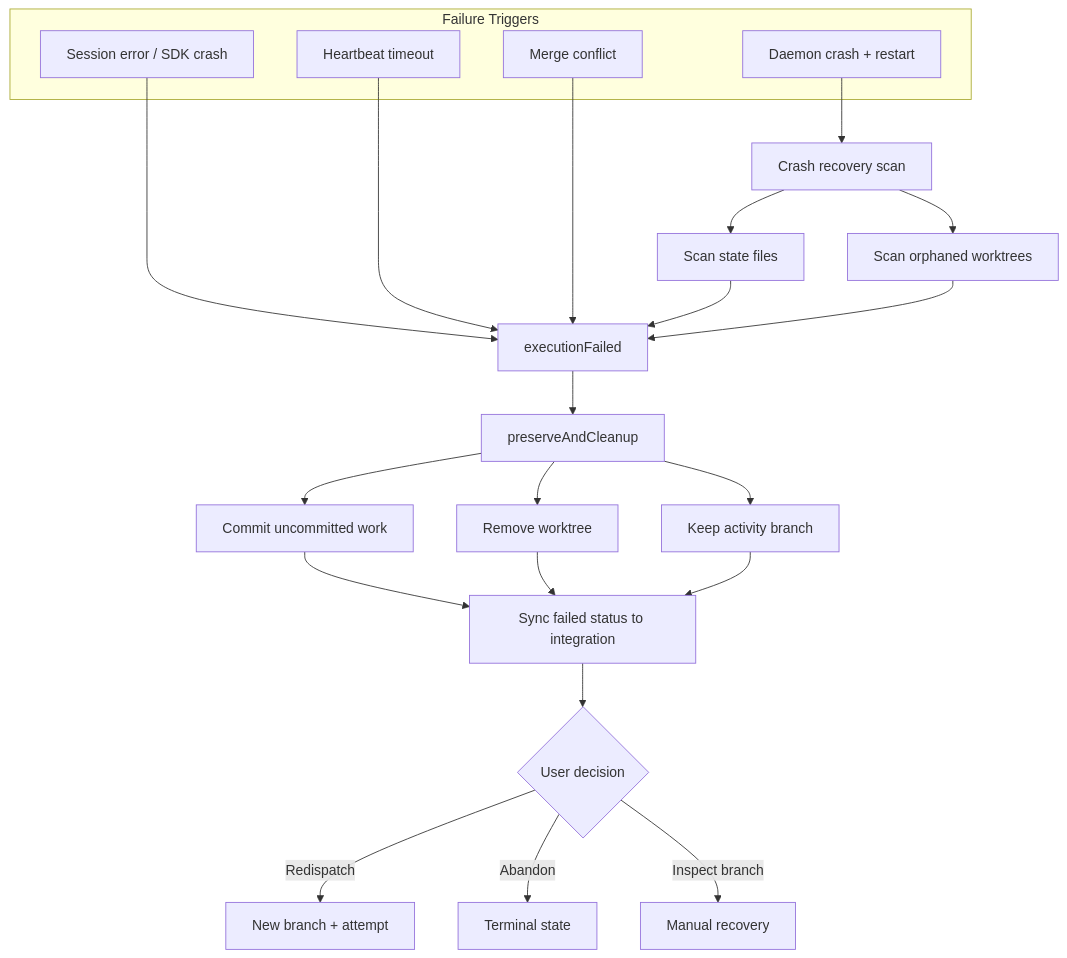
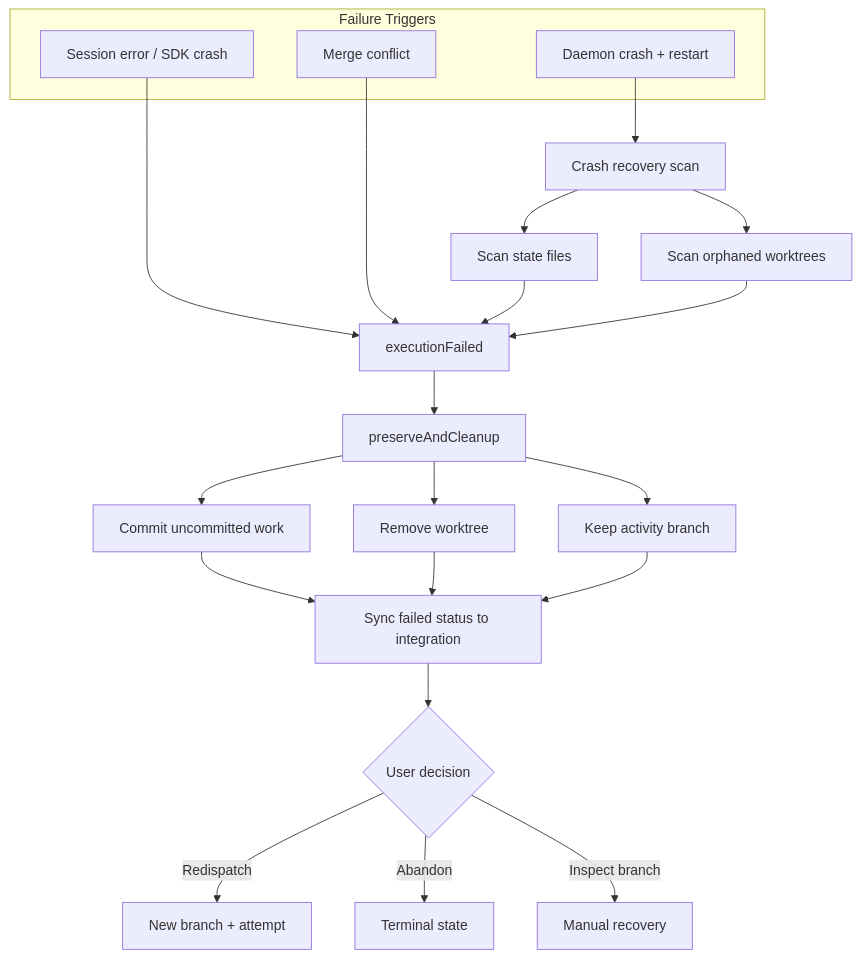
One commit to rjroy/guild-hall changed the third of 5 diagrams in .lore/diagrams/commission-lifecycle.md. Above: the diagram before and after it, drawn with Mermaid. The commit also changed other lines of this file and 5 other files, not shown here.

````diff
--- a/.lore/diagrams/commission-lifecycle.md
+++ b/.lore/diagrams/commission-lifecycle.md
@@ -141,33 +139,31 @@
 ```mermaid
 flowchart TD
     subgraph Failure Triggers
         A[Session error / SDK crash]
-        B[Heartbeat timeout]
         C[Merge conflict]
         D[Daemon crash + restart]
     end
 
     A --> F[executionFailed]
-    B --> F
     C --> F
     D --> R[Crash recovery scan]
 
     R --> R1[Scan state files]
     R --> R2[Scan orphaned worktrees]
     R1 --> F
     R2 --> F
 
     F --> P[preserveAndCleanup]
     P --> P1[Commit uncommitted work]
     P --> P2[Remove worktree]
     P --> P3[Keep activity branch]
 
     P1 --> S[Sync failed status to integration]
     P2 --> S
     P3 --> S
 
     S --> Q{User decision}
     Q -->|Redispatch| RD[New branch + attempt]
     Q -->|Abandon| AB[Terminal state]
     Q -->|Inspect branch| IN[Manual recovery]
 ```
````
